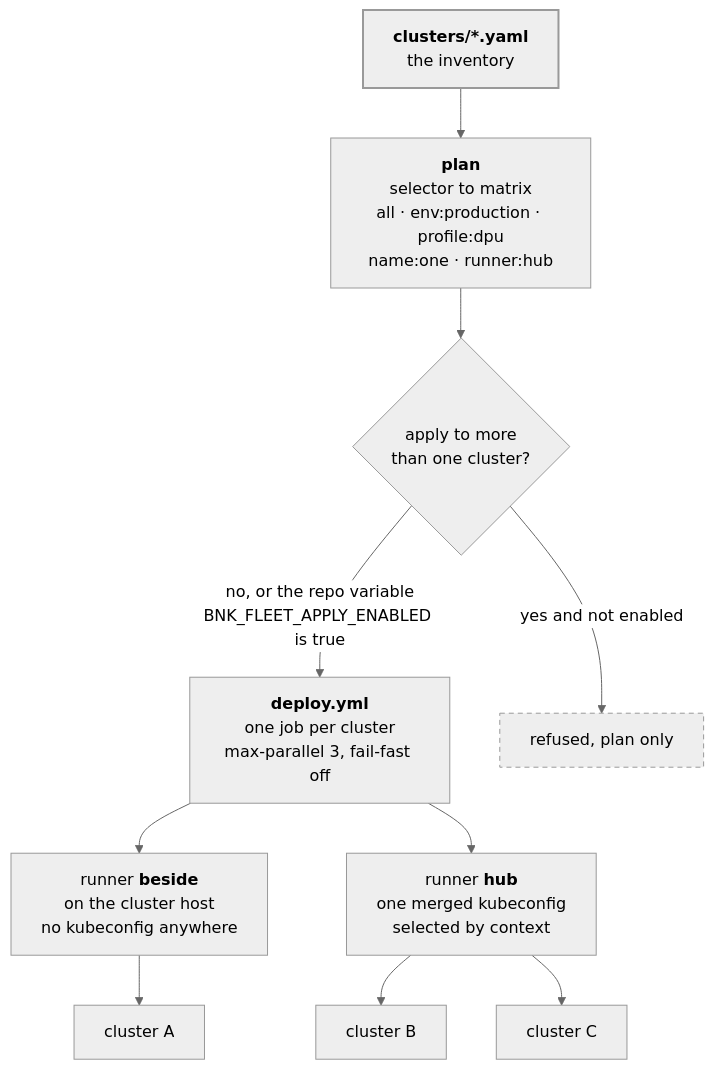
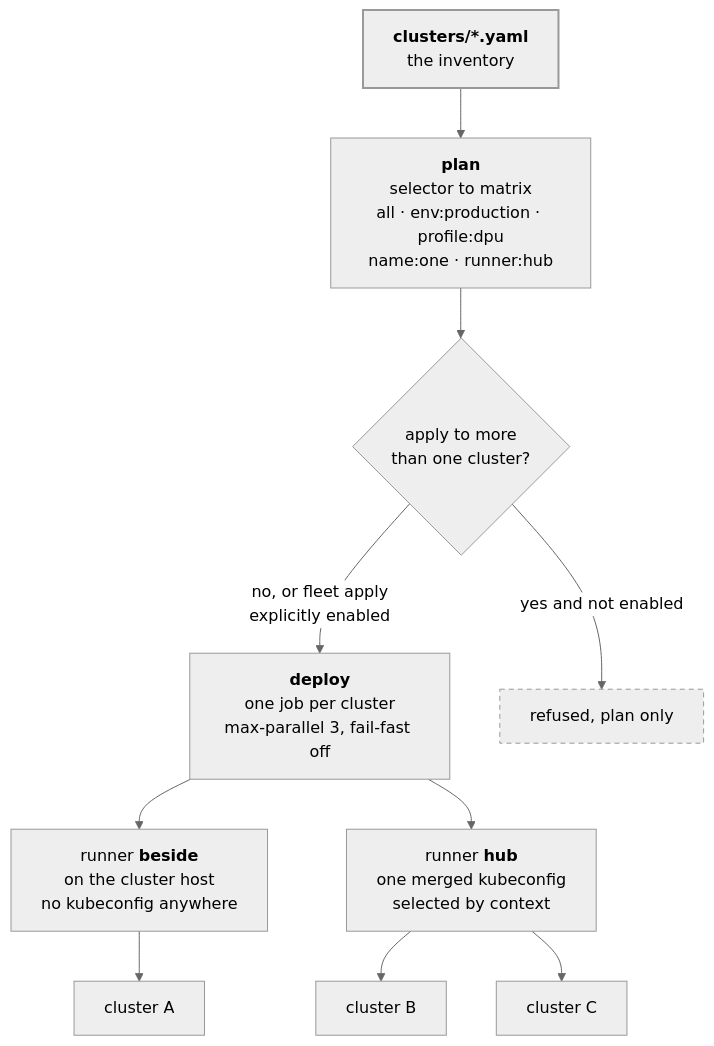
One commit to iracic82/bnk-deploy changed the third of 5 diagrams in README.md. Above: the diagram before and after it, drawn with Mermaid (neutral theme). The commit also changed other lines of this file, not shown here.

````diff
--- a/README.md
+++ b/README.md
@@ -133,20 +145,20 @@
 ```mermaid
 flowchart TB
     INV["<b>clusters/*.yaml</b><br/>the inventory"]
     PLAN["<b>plan</b><br/>selector to matrix<br/>all · env:production · profile:dpu<br/>name:one · runner:hub"]
     GATE{"apply to more<br/>than one cluster?"}
-    DEP["<b>deploy.yml</b><br/>one job per cluster<br/>max-parallel 3, fail-fast off"]
+    DEP["<b>deploy</b><br/>one job per cluster<br/>max-parallel 3, fail-fast off"]
 
     INV --> PLAN --> GATE
-    GATE -->|"no, or the repo variable<br/>BNK_FLEET_APPLY_ENABLED is true"| DEP
+    GATE -->|"no, or fleet apply<br/>explicitly enabled"| DEP
     GATE -->|"yes and not enabled"| STOP["refused, plan only"]
 
     DEP --> R1["runner <b>beside</b><br/>on the cluster host<br/>no kubeconfig anywhere"]
     DEP --> R2["runner <b>hub</b><br/>one merged kubeconfig<br/>selected by context"]
     R1 --> C1["cluster A"]
     R2 --> C2["cluster B"]
     R2 --> C3["cluster C"]
 
     style INV stroke-width:2px
     style STOP stroke-dasharray: 5 4
 ```
````
